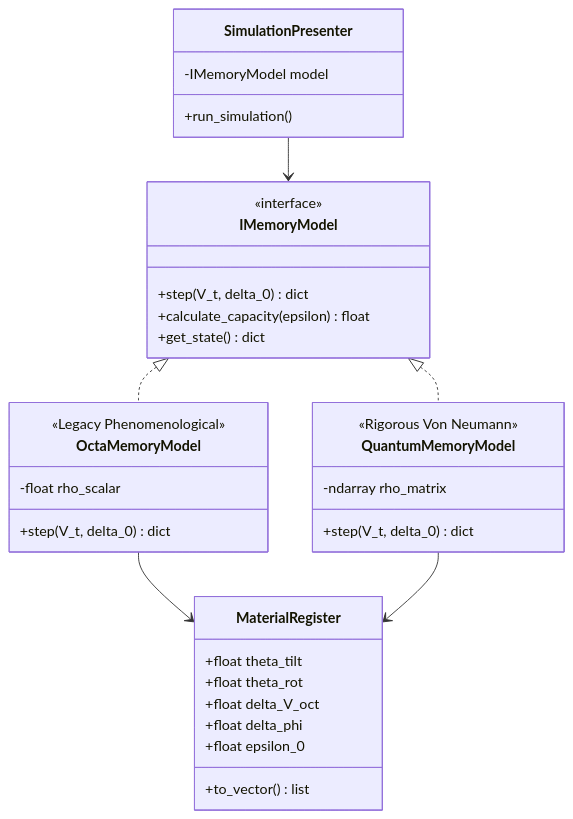
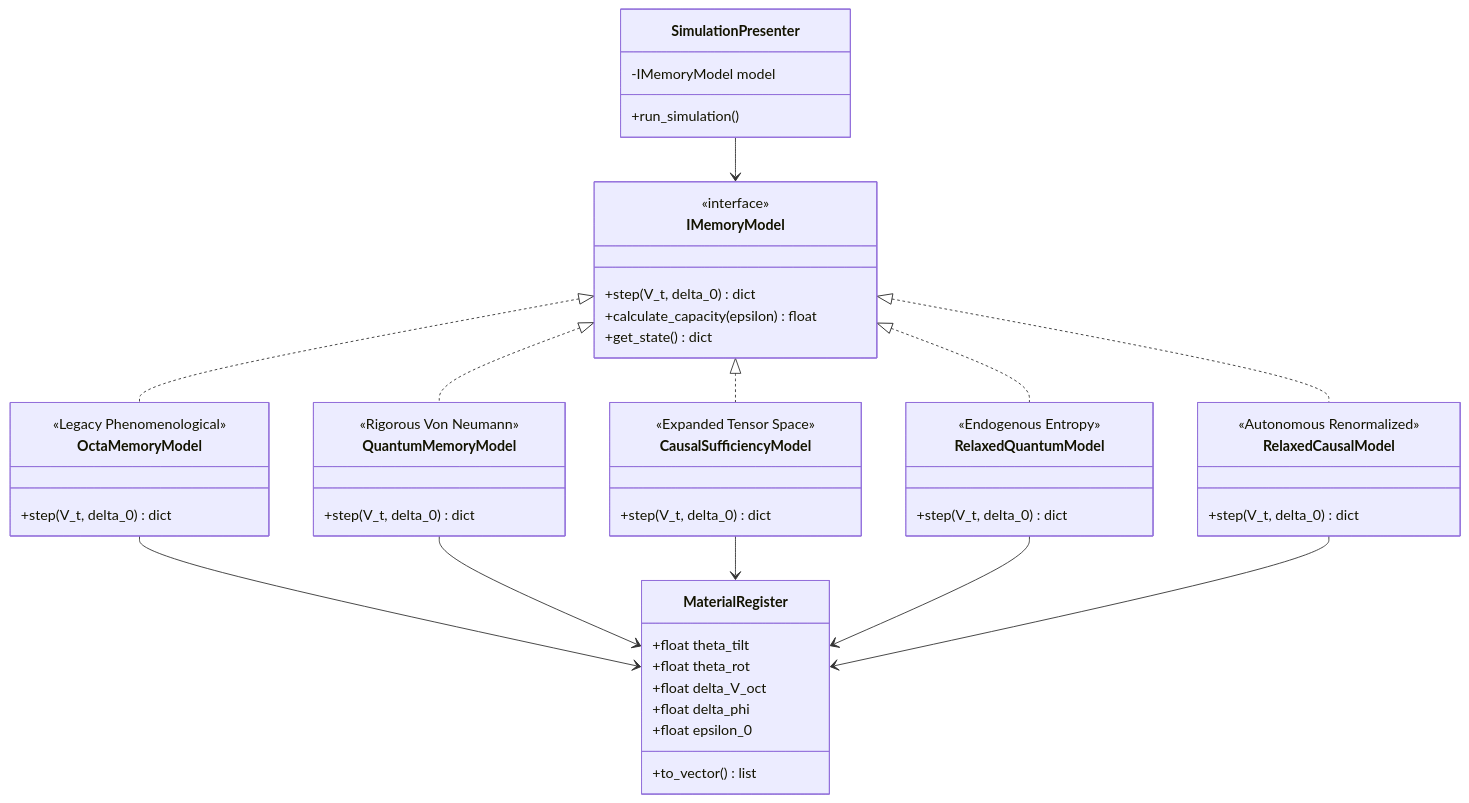
Before and after one commit to QC-UPM/OgTRQC: the first of 3 diagrams in README.md, drawn with Mermaid. The commit also changed other lines of this file and 69 other files, not shown here.

````diff
--- a/README.md
+++ b/README.md
@@ -76,43 +62,62 @@
 ```mermaid
 classDiagram
     class MaterialRegister {
         +float theta_tilt
         +float theta_rot
         +float delta_V_oct
         +float delta_phi
         +float epsilon_0
         +to_vector() list
     }
 
     class IMemoryModel {
         <<interface>>
         +step(V_t, delta_0) dict
         +calculate_capacity(epsilon) float
         +get_state() dict
     }
 
     class OctaMemoryModel {
         <<Legacy Phenomenological>>
-        -float rho_scalar
         +step(V_t, delta_0) dict
     }
 
     class QuantumMemoryModel {
         <<Rigorous Von Neumann>>
-        -ndarray rho_matrix
+        +step(V_t, delta_0) dict
+    }
+    
+    class CausalSufficiencyModel {
+        <<Expanded Tensor Space>>
+        +step(V_t, delta_0) dict
+    }
+    
+    class RelaxedQuantumModel {
+        <<Endogenous Entropy>>
+        +step(V_t, delta_0) dict
+    }
+    
+    class RelaxedCausalModel {
+        <<Autonomous Renormalized>>
         +step(V_t, delta_0) dict
     }
 
     IMemoryModel <|.. OctaMemoryModel
     IMemoryModel <|.. QuantumMemoryModel
+    IMemoryModel <|.. CausalSufficiencyModel
+    IMemoryModel <|.. RelaxedQuantumModel
+    IMemoryModel <|.. RelaxedCausalModel
     
     OctaMemoryModel --> MaterialRegister
     QuantumMemoryModel --> MaterialRegister
+    CausalSufficiencyModel --> MaterialRegister
+    RelaxedQuantumModel --> MaterialRegister
+    RelaxedCausalModel --> MaterialRegister
 
     class SimulationPresenter {
         -IMemoryModel model
         +run_simulation()
     }
     
     SimulationPresenter --> IMemoryModel
 ```
````
